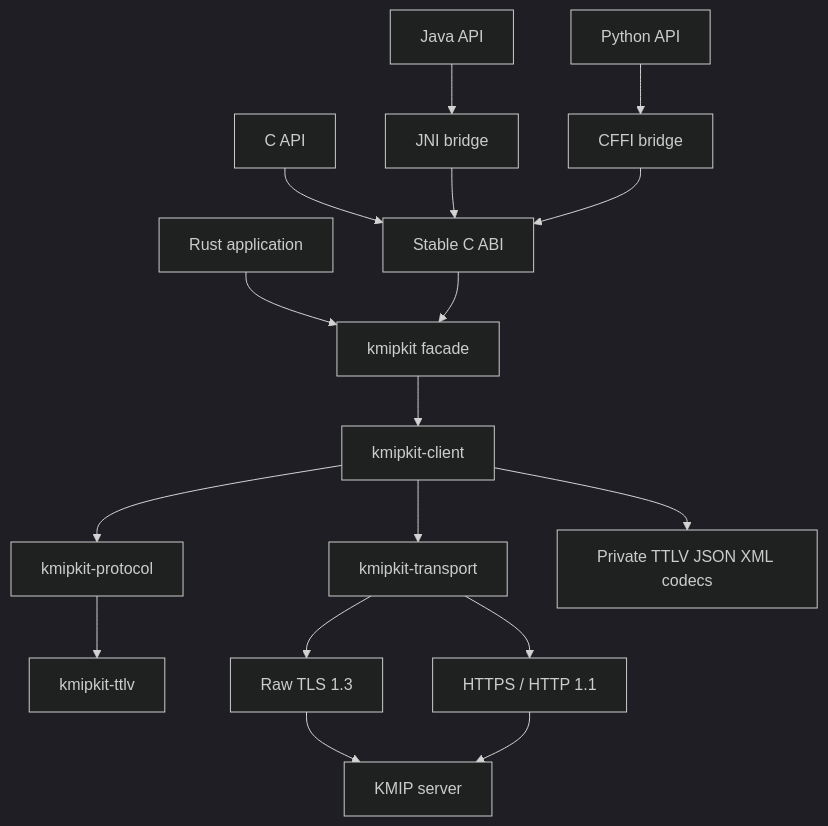
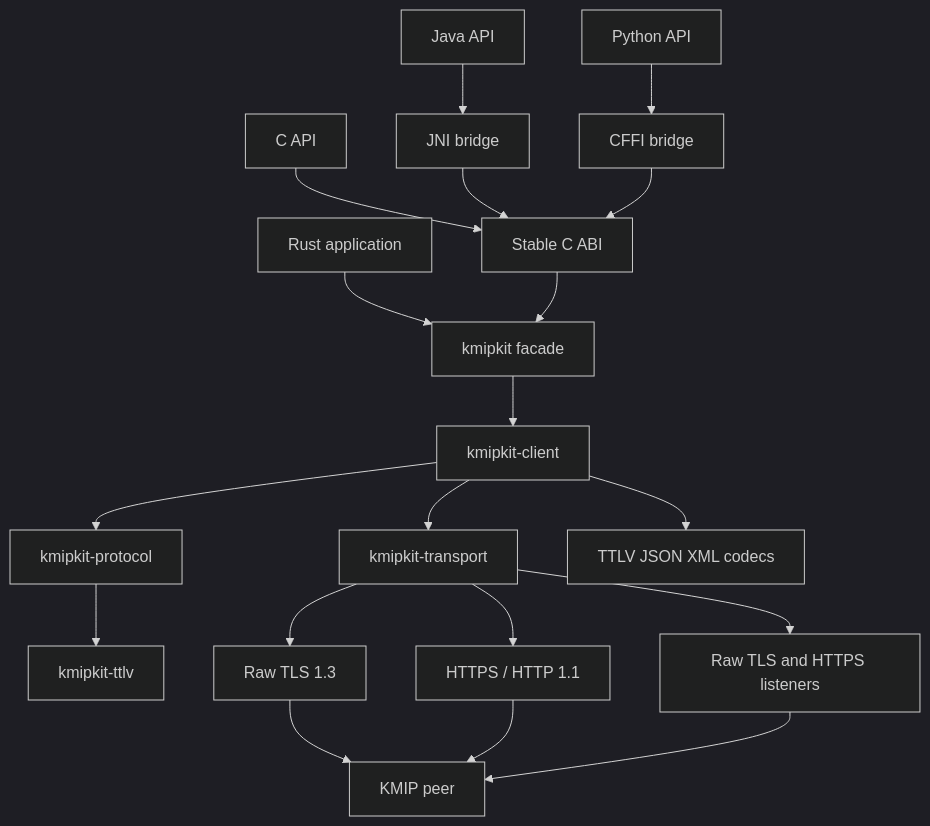
One commit to NeverWe1come/KMIPKit changed the diagram in docs/architecture/overview.md. Above: the diagram before and after it, drawn with Mermaid (dark theme). The commit also changed other lines of this file and 16 other files, not shown here.

````diff
--- a/docs/architecture/overview.md
+++ b/docs/architecture/overview.md
@@ -10,19 +11,21 @@
 ```mermaid
 flowchart TB
     Java[Java API] --> JNI[JNI bridge]
     Python[Python API] --> CFFI[CFFI bridge]
     C[C API] --> ABI[Stable C ABI]
     JNI --> ABI
     CFFI --> ABI
     RustUser[Rust application] --> Facade[kmipkit facade]
     ABI --> Facade
     Facade --> Client[kmipkit-client]
     Client --> Protocol[kmipkit-protocol]
     Client --> Transport[kmipkit-transport]
-  Client --> Encoding[Private TTLV JSON XML codecs]
+    Client --> Encoding[TTLV JSON XML codecs]
     Protocol --> TTLV[kmipkit-ttlv]
     Transport --> Raw[Raw TLS 1.3]
     Transport --> HTTPS[HTTPS / HTTP 1.1]
-    Raw --> Server[KMIP server]
+    Transport --> Listener[Raw TLS and HTTPS listeners]
+    Raw --> Server[KMIP peer]
     HTTPS --> Server
+    Listener --> Server
 ```
````
